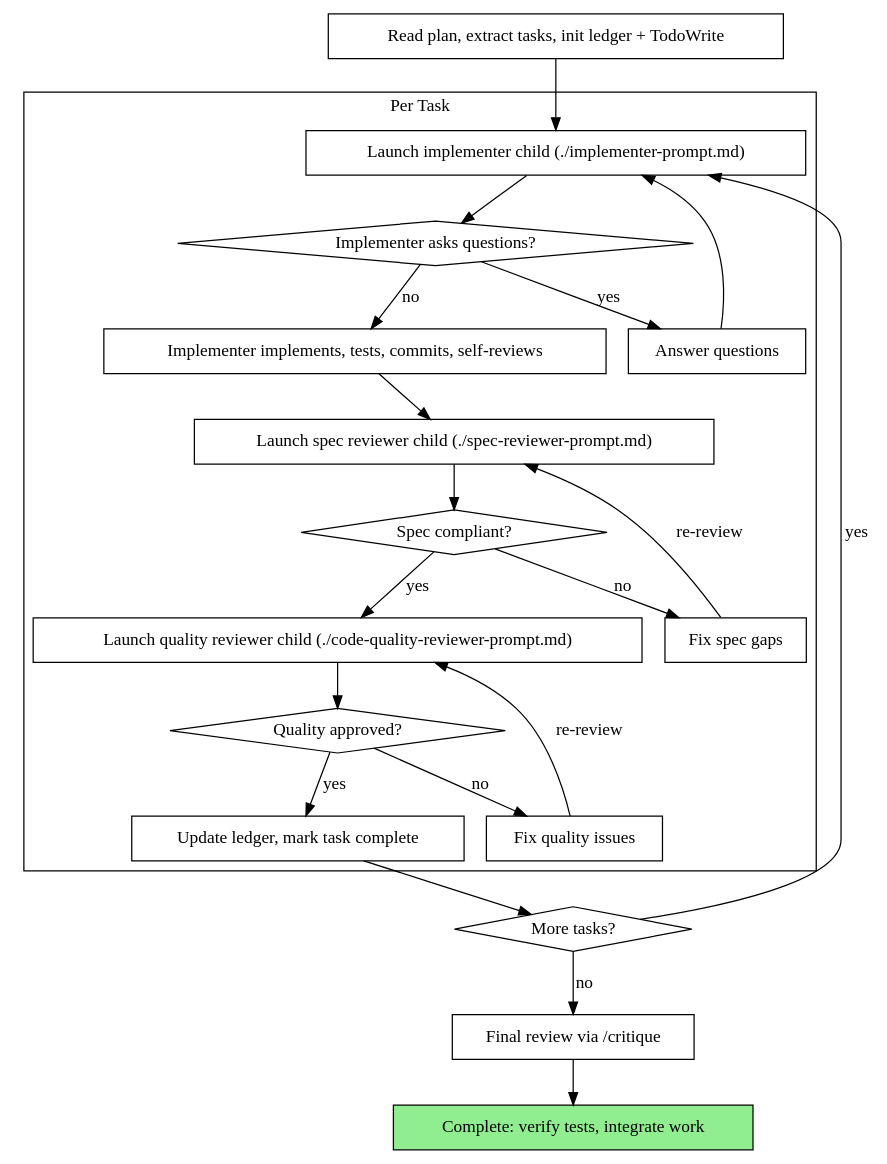
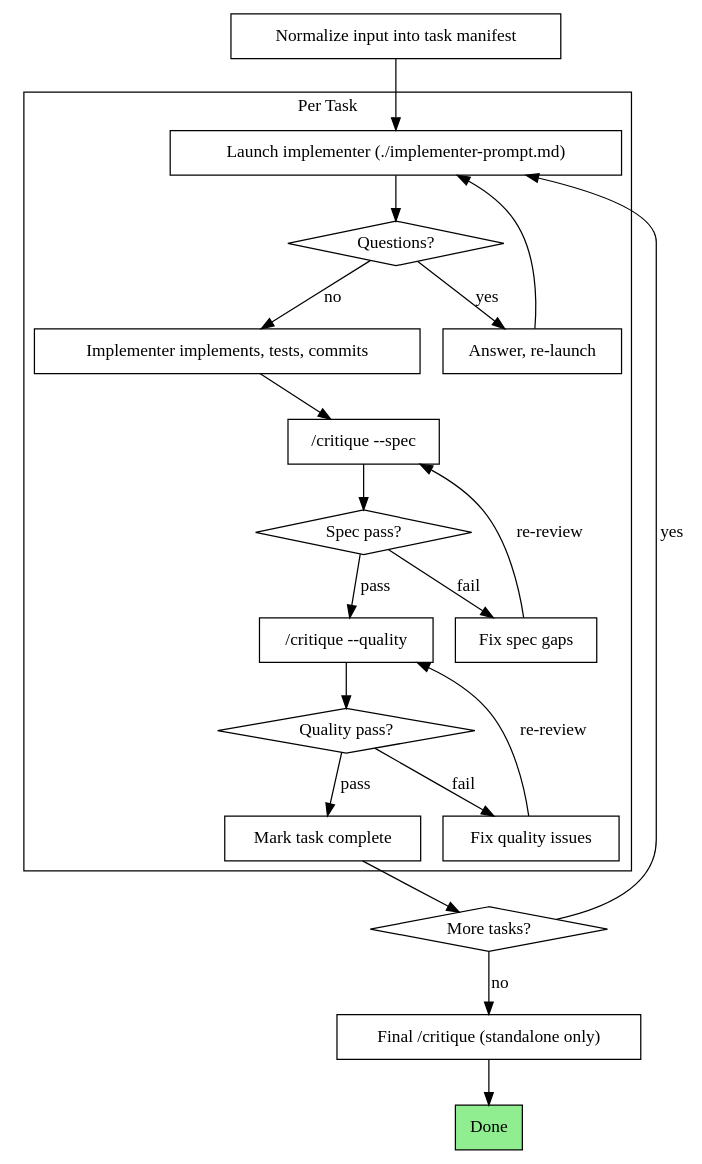
Before and after one commit to qyhfrank/agentic-harness: the diagram in skills/plan-runner/SKILL.md, drawn with Graphviz. The commit also changed other lines of this file and 16 other files, not shown here.

First line of the commit message:
refactor: restructure orchestration skills into two-layer architecture

````diff
--- a/skills/plan-runner/SKILL.md
+++ b/skills/plan-runner/SKILL.md
@@ -38,41 +59,41 @@
 ```dot
 digraph process {
     rankdir=TB;
     subgraph cluster_per_task {
         label="Per Task";
-        "Launch implementer child (./implementer-prompt.md)" [shape=box];
-        "Implementer asks questions?" [shape=diamond];
-        "Answer questions" [shape=box];
-        "Implementer implements, tests, commits, self-reviews" [shape=box];
-        "Launch spec reviewer child (./spec-reviewer-prompt.md)" [shape=box];
-        "Spec compliant?" [shape=diamond];
+        "Launch implementer (./implementer-prompt.md)" [shape=box];
+        "Questions?" [shape=diamond];
+        "Answer, re-launch" [shape=box];
+        "Implementer implements, tests, commits" [shape=box];
+        "/critique --spec" [shape=box];
+        "Spec pass?" [shape=diamond];
         "Fix spec gaps" [shape=box];
-        "Launch quality reviewer child (./code-quality-reviewer-prompt.md)" [shape=box];
-        "Quality approved?" [shape=diamond];
+        "/critique --quality" [shape=box];
+        "Quality pass?" [shape=diamond];
         "Fix quality issues" [shape=box];
-        "Update ledger, mark task complete" [shape=box];
+        "Mark task complete" [shape=box];
     }
-    "Read plan, extract tasks, init ledger + TodoWrite" [shape=box];
+    "Normalize input into task manifest" [shape=box];
     "More tasks?" [shape=diamond];
-    "Final review via /critique" [shape=box];
-    "Complete: verify tests, integrate work" [shape=box style=filled fillcolor=lightgreen];
-    "Read plan, extract tasks, init ledger + TodoWrite" -> "Launch implementer child (./implementer-prompt.md)";
-    "Launch implementer child (./implementer-prompt.md)" -> "Implementer asks questions?";
-    "Implementer asks questions?" -> "Answer questions" [label="yes"];
-    "Answer questions" -> "Launch implementer child (./implementer-prompt.md)";
-    "Implementer asks questions?" -> "Implementer implements, tests, commits, self-reviews" [label="no"];
-    "Implementer implements, tests, commits, self-reviews" -> "Launch spec reviewer child (./spec-reviewer-prompt.md)";
-    "Launch spec reviewer child (./spec-reviewer-prompt.md)" -> "Spec compliant?";
-    "Spec compliant?" -> "Fix spec gaps" [label="no"];
-    "Fix spec gaps" -> "Launch spec reviewer child (./spec-reviewer-prompt.md)" [label="re-review"];
-    "Spec compliant?" -> "Launch quality reviewer child (./code-quality-reviewer-prompt.md)" [label="yes"];
-    "Launch quality reviewer child (./code-quality-reviewer-prompt.md)" -> "Quality approved?";
-    "Quality approved?" -> "Fix quality issues" [label="no"];
-    "Fix quality issues" -> "Launch quality reviewer child (./code-quality-reviewer-prompt.md)" [label="re-review"];
-    "Quality approved?" -> "Update ledger, mark task complete" [label="yes"];
-    "Update ledger, mark task complete" -> "More tasks?";
-    "More tasks?" -> "Launch implementer child (./implementer-prompt.md)" [label="yes"];
-    "More tasks?" -> "Final review via /critique" [label="no"];
-    "Final review via /critique" -> "Complete: verify tests, integrate work";
+    "Final /critique (standalone only)" [shape=box];
+    "Done" [shape=box style=filled fillcolor=lightgreen];
+    "Normalize input into task manifest" -> "Launch implementer (./implementer-prompt.md)";
+    "Launch implementer (./implementer-prompt.md)" -> "Questions?";
+    "Questions?" -> "Answer, re-launch" [label="yes"];
+    "Answer, re-launch" -> "Launch implementer (./implementer-prompt.md)";
+    "Questions?" -> "Implementer implements, tests, commits" [label="no"];
+    "Implementer implements, tests, commits" -> "/critique --spec";
+    "/critique --spec" -> "Spec pass?";
+    "Spec pass?" -> "Fix spec gaps" [label="fail"];
+    "Fix spec gaps" -> "/critique --spec" [label="re-review"];
+    "Spec pass?" -> "/critique --quality" [label="pass"];
+    "/critique --quality" -> "Quality pass?";
+    "Quality pass?" -> "Fix quality issues" [label="fail"];
+    "Fix quality issues" -> "/critique --quality" [label="re-review"];
+    "Quality pass?" -> "Mark task complete" [label="pass"];
+    "Mark task complete" -> "More tasks?";
+    "More tasks?" -> "Launch implementer (./implementer-prompt.md)" [label="yes"];
+    "More tasks?" -> "Final /critique (standalone only)" [label="no"];
+    "Final /critique (standalone only)" -> "Done";
 }
 ```
````
